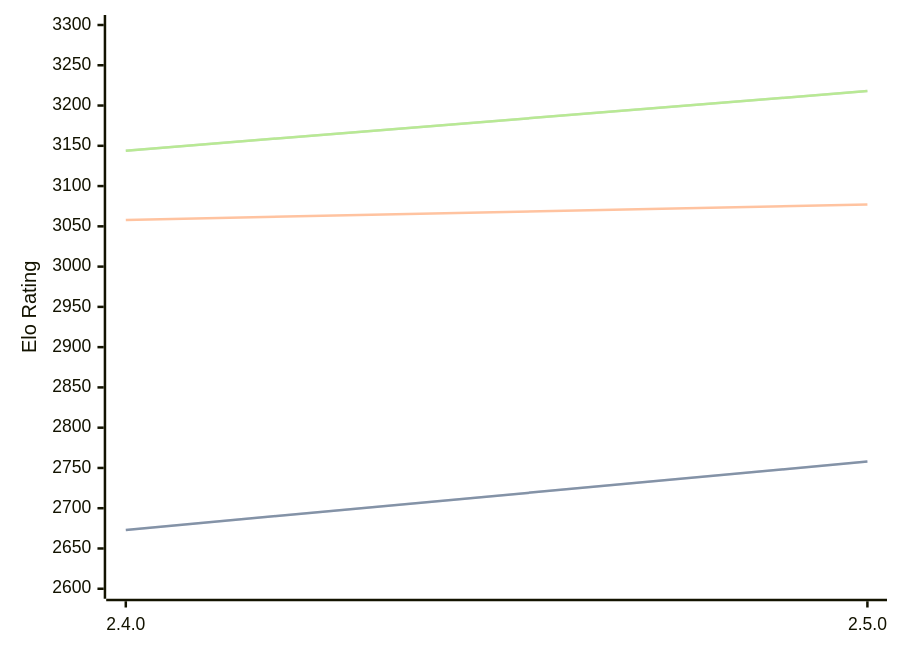
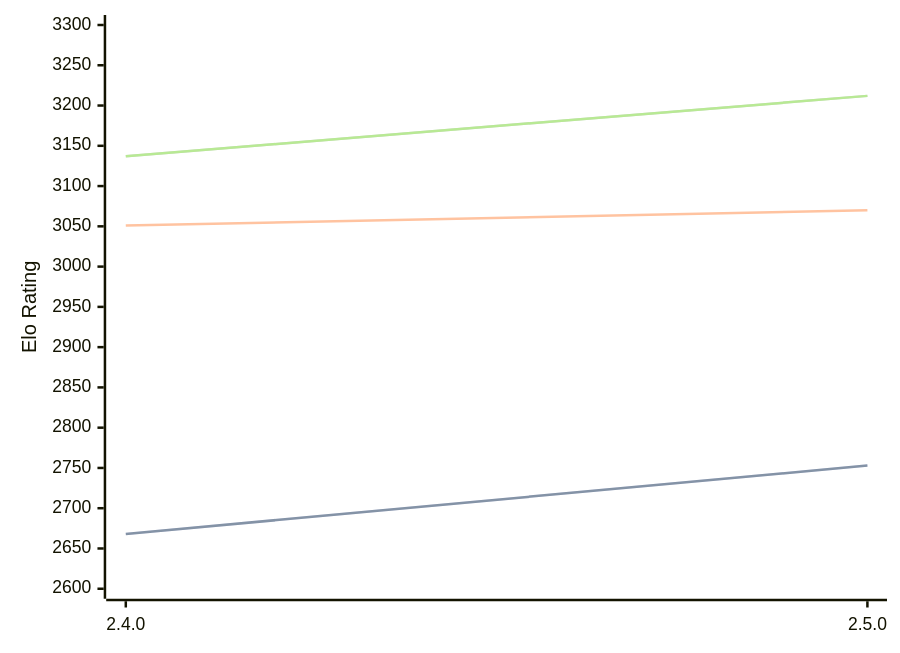
The diagram in engines/Sturddle2.md (computer-chess-index/cci), drawn with Mermaid before and after one commit. The commit also changed other lines of this file, not shown here.

Commit message:
Update CCI Ratings (ELO VLTC) - 2026-05-18

````diff
--- a/engines/Sturddle2.md
+++ b/engines/Sturddle2.md
@@ -37,11 +37,11 @@
 ```mermaid
 %%{init: {"theme":"base","themeVariables":{"seriesColors:['#a3a3a3','#222221','#faa371']}}}%%
 xychart-beta
   x-axis ["2.4.0", "2.5.0"]
   y-axis "Elo Rating" 2600 --> 3300
-  line "STC (8.0+0.08s)" [2673, 2758]
-  line "STC (8.0+0.08s)" [2673, 2758]
-  line "LTC (60.0+0.60s)" [3058, 3077]
-  line "VLTC (2m24s+1.12s)" [3144, 3218]
-  line "VLTC (2m24s+1.12s)" [3144, 3218]
+  line "STC (8.0+0.08s)" [2668, 2753]
+  line "STC (8.0+0.08s)" [2668, 2753]
+  line "LTC (60.0+0.60s)" [3051, 3070]
+  line "VLTC (2m24s+1.12s)" [3137, 3212]
+  line "VLTC (2m24s+1.12s)" [3137, 3212]
 ```
````
